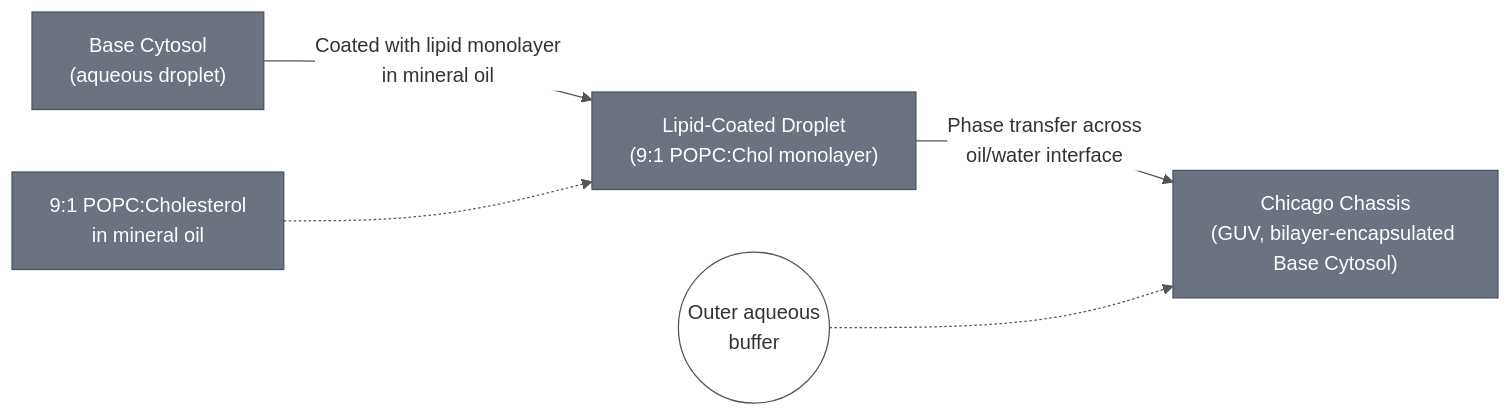
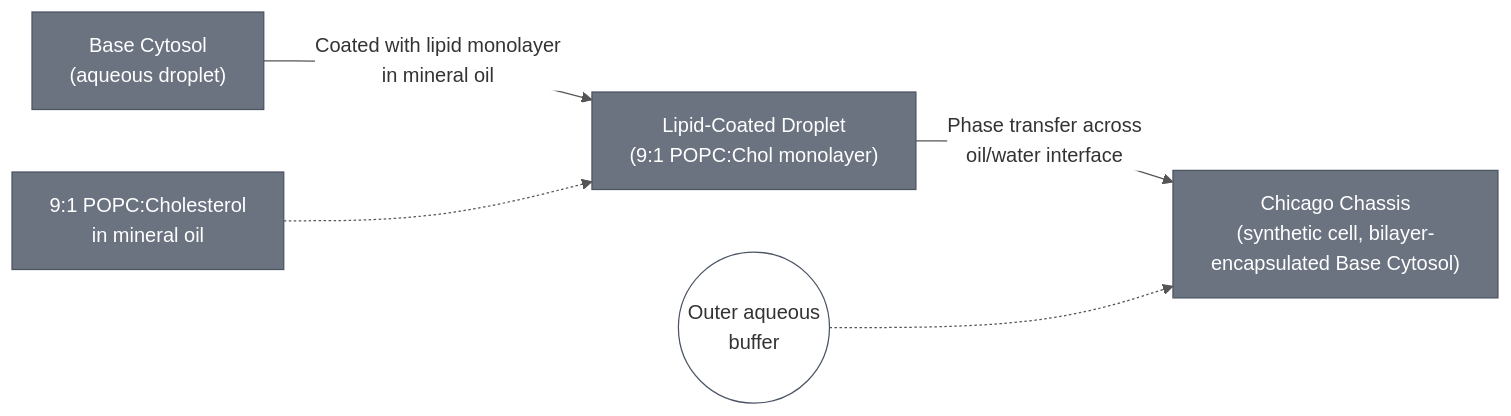
The diagram in docs/modules/chicago-chassis/spec.md (nucleus-eng/nucleus-docs), drawn with Mermaid before and after one commit. The commit also changed other lines of this file and 34 other files, not shown here.

````diff
--- a/docs/modules/chicago-chassis/spec.md
+++ b/docs/modules/chicago-chassis/spec.md
@@ -19,14 +19,14 @@
 ```{mermaid}
 %%{init: {'theme': 'base', 'themeVariables': {'lineColor': '#555555', 'edgeLabelBackground': '#ffffff'}}}%%
 flowchart LR
     Cytosol["Base Cytosol\n(aqueous droplet)"] -->|"Coated with lipid monolayer\nin mineral oil"| Droplet["Lipid-Coated Droplet\n(9:1 POPC:Chol monolayer)"]
     Lipid["9:1 POPC:Cholesterol\nin mineral oil"] -.-> Droplet
-    Droplet -->|"Phase transfer across\noil/water interface"| GUV["Chicago Chassis\n(GUV, bilayer-encapsulated Base Cytosol)"]
-    Outer(("Outer aqueous\nbuffer")) -.-> GUV
+    Droplet -->|"Phase transfer across\noil/water interface"| SYNCELL["Chicago Chassis\n(synthetic cell, bilayer-encapsulated Base Cytosol)"]
+    Outer(("Outer aqueous\nbuffer")) -.-> SYNCELL
 
     style Cytosol fill:#6B7280,color:#ffffff,stroke:#4B5563
     style Lipid fill:#6B7280,color:#ffffff,stroke:#4B5563
     style Droplet fill:#6B7280,color:#ffffff,stroke:#4B5563
-    style GUV fill:#6B7280,color:#ffffff,stroke:#4B5563
+    style SYNCELL fill:#6B7280,color:#ffffff,stroke:#4B5563
     style Outer fill:none,stroke:#4B5563
 ```
````
